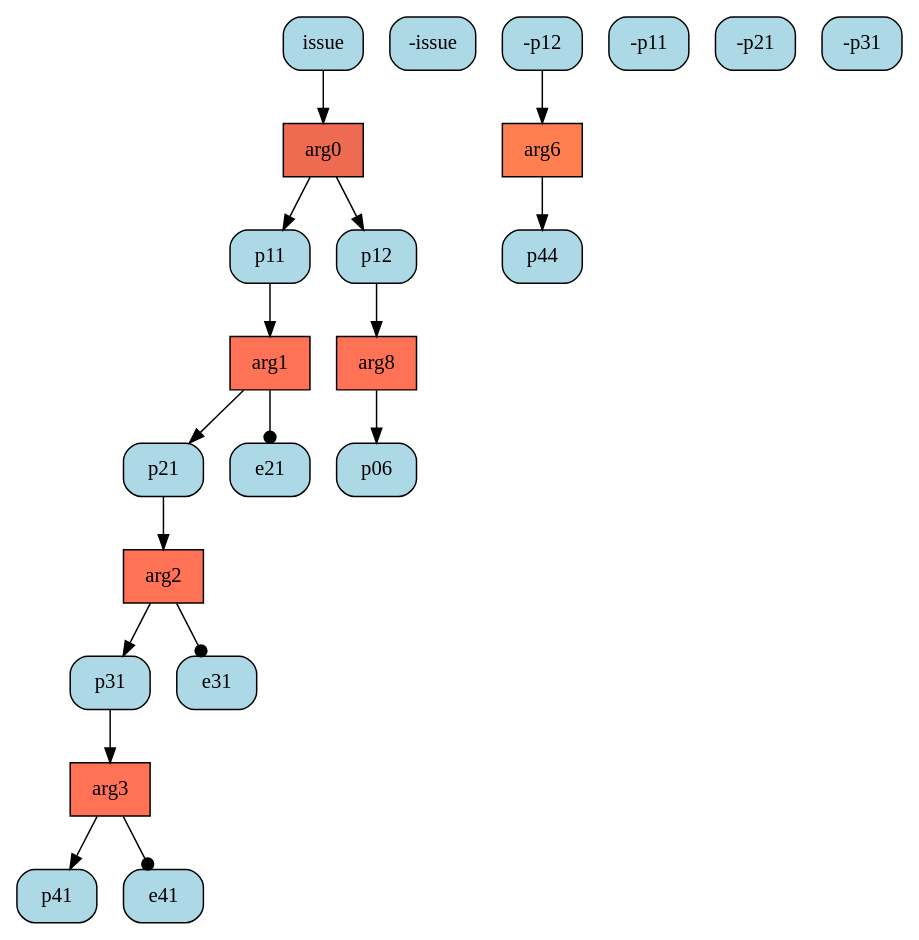
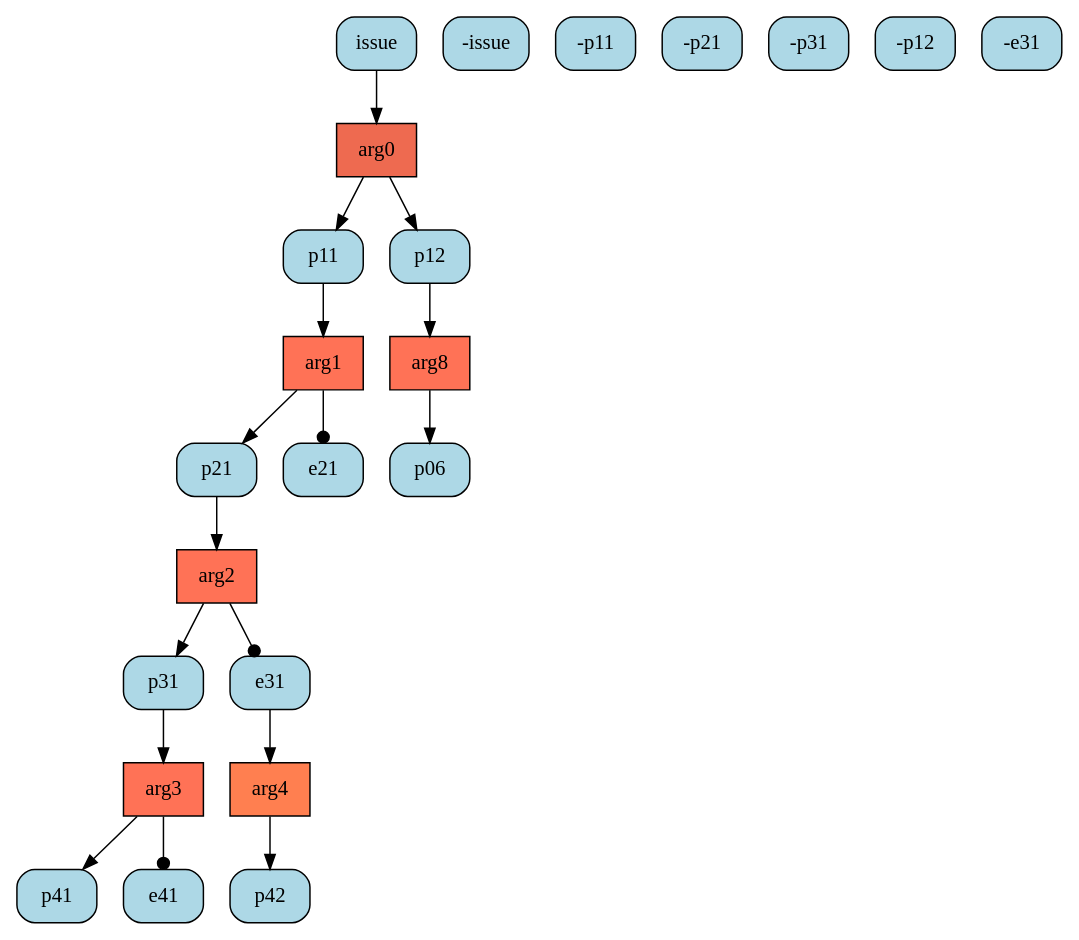
One commit to goweiting/carneades-ext changed the diagram in system/dot/deep1vs1/1_1.dot. Above: the diagram before and after it, drawn with Graphviz. The commit also changed 38 other files, not shown here.

```diff
--- a/system/dot/deep1vs1/1_1.dot
+++ b/system/dot/deep1vs1/1_1.dot
@@ -1,40 +1,41 @@
 digraph G{ 
 "arg0" [color="black", fillcolor="coral2",fixedsize=false, shape=box, style="filled"]; 
 "issue" [color="black", fillcolor="lightblue", fixedsize=false,  shape="box", style="rounded,filled"]; 
 "-issue" [color="black", fillcolor="lightblue", fixedsize=false,  shape="box", style="rounded,filled"]; 
 "p11" [color="black", fillcolor="lightblue", fixedsize=false,  shape="box", style="rounded,filled"]; 
 "p12" [color="black", fillcolor="lightblue", fixedsize=false,  shape="box", style="rounded,filled"]; 
-"arg8" [color="black", fillcolor="coral1",fixedsize=false, shape=box, style="filled"]; 
-"-p12" [color="black", fillcolor="lightblue", fixedsize=false,  shape="box", style="rounded,filled"]; 
-"p06" [color="black", fillcolor="lightblue", fixedsize=false,  shape="box", style="rounded,filled"]; 
 "arg1" [color="black", fillcolor="coral1",fixedsize=false, shape=box, style="filled"]; 
 "-p11" [color="black", fillcolor="lightblue", fixedsize=false,  shape="box", style="rounded,filled"]; 
 "p21" [color="black", fillcolor="lightblue", fixedsize=false,  shape="box", style="rounded,filled"]; 
 "e21" [color="black", fillcolor="lightblue", fixedsize=false,  shape="box", style="rounded,filled"]; 
 "arg2" [color="black", fillcolor="coral1",fixedsize=false, shape=box, style="filled"]; 
 "-p21" [color="black", fillcolor="lightblue", fixedsize=false,  shape="box", style="rounded,filled"]; 
 "p31" [color="black", fillcolor="lightblue", fixedsize=false,  shape="box", style="rounded,filled"]; 
 "e31" [color="black", fillcolor="lightblue", fixedsize=false,  shape="box", style="rounded,filled"]; 
 "arg3" [color="black", fillcolor="coral1",fixedsize=false, shape=box, style="filled"]; 
 "-p31" [color="black", fillcolor="lightblue", fixedsize=false,  shape="box", style="rounded,filled"]; 
 "p41" [color="black", fillcolor="lightblue", fixedsize=false,  shape="box", style="rounded,filled"]; 
 "e41" [color="black", fillcolor="lightblue", fixedsize=false,  shape="box", style="rounded,filled"]; 
-"arg6" [color="black", fillcolor="coral",fixedsize=false, shape=box, style="filled"]; 
-"p44" [color="black", fillcolor="lightblue", fixedsize=false,  shape="box", style="rounded,filled"]; 
+"arg8" [color="black", fillcolor="coral1",fixedsize=false, shape=box, style="filled"]; 
+"-p12" [color="black", fillcolor="lightblue", fixedsize=false,  shape="box", style="rounded,filled"]; 
+"p06" [color="black", fillcolor="lightblue", fixedsize=false,  shape="box", style="rounded,filled"]; 
+"arg4" [color="black", fillcolor="coral",fixedsize=false, shape=box, style="filled"]; 
+"-e31" [color="black", fillcolor="lightblue", fixedsize=false,  shape="box", style="rounded,filled"]; 
+"p42" [color="black", fillcolor="lightblue", fixedsize=false,  shape="box", style="rounded,filled"]; 
 "issue" -> "arg0" ; 
 "arg0" -> "p11" ; 
 "arg0" -> "p12" ; 
-"p12" -> "arg8" ; 
-"arg8" -> "p06" ; 
 "p11" -> "arg1" ; 
 "arg1" -> "p21" ; 
 "arg1" -> "e21" [arrowhead=dot] ; 
 "p21" -> "arg2" ; 
 "arg2" -> "p31" ; 
 "arg2" -> "e31" [arrowhead=dot] ; 
 "p31" -> "arg3" ; 
 "arg3" -> "p41" ; 
 "arg3" -> "e41" [arrowhead=dot] ; 
-"-p12" -> "arg6" ; 
-"arg6" -> "p44" ; 
+"p12" -> "arg8" ; 
+"arg8" -> "p06" ; 
+"e31" -> "arg4" ; 
+"arg4" -> "p42" ; 
 }
```
